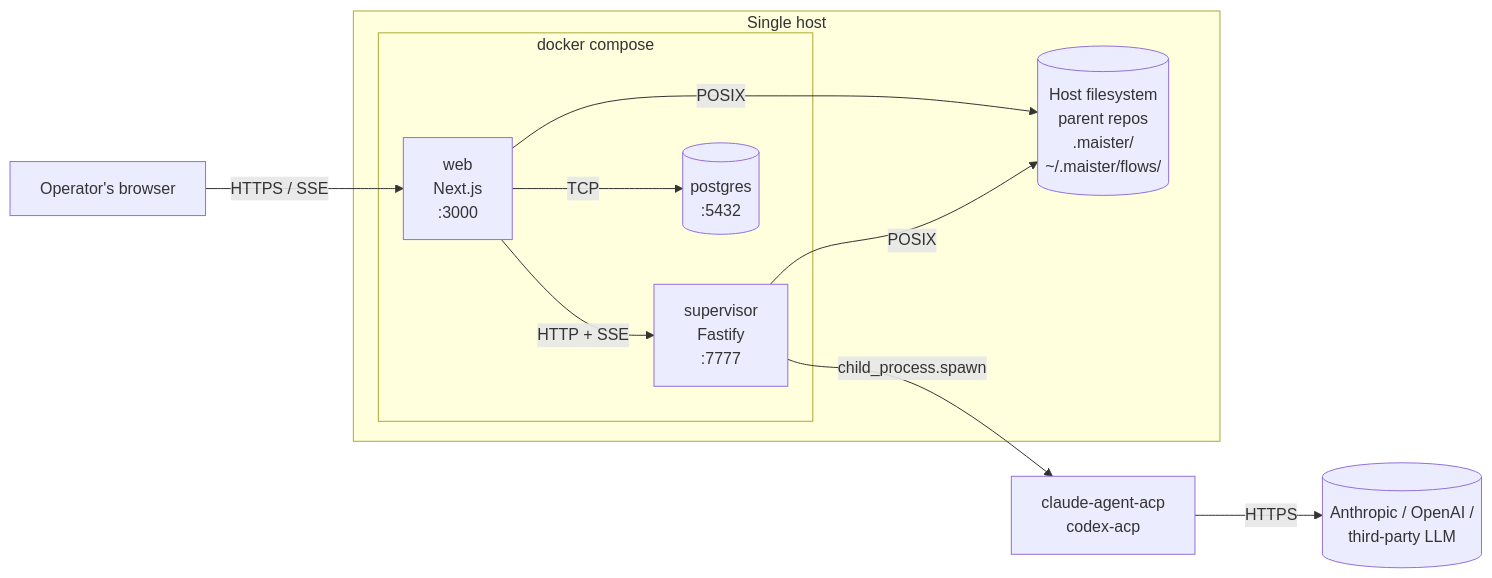
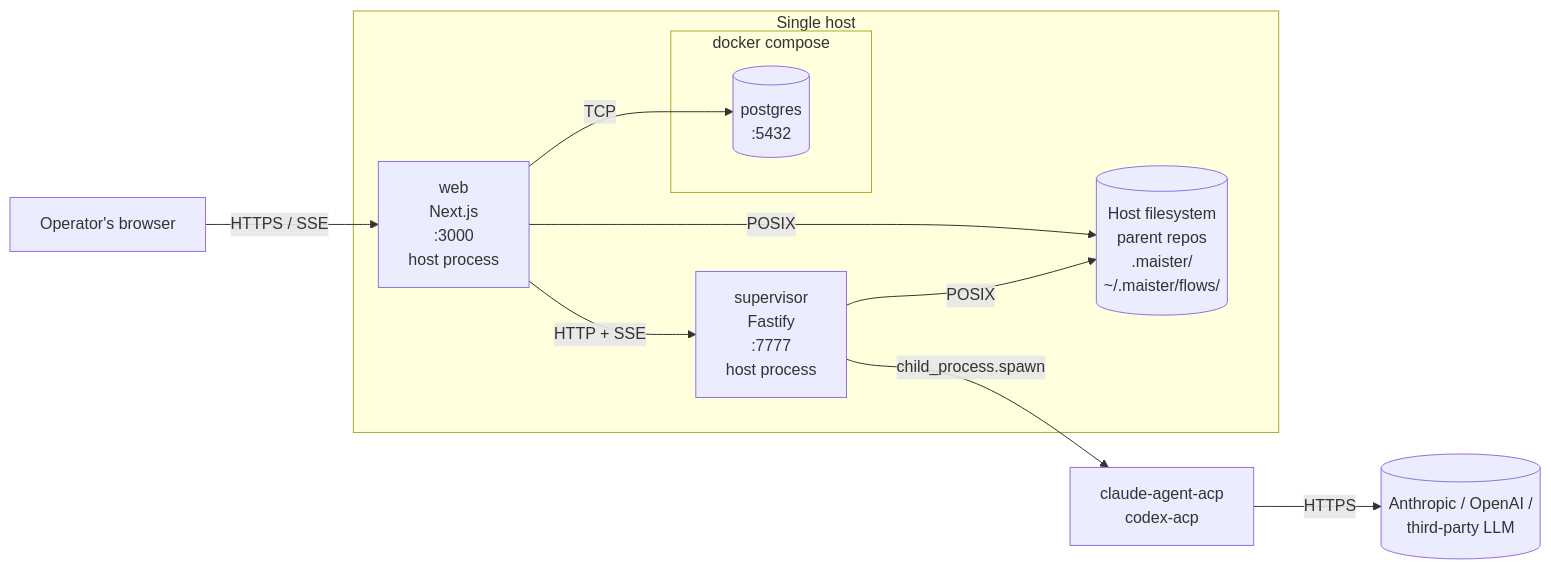
The seventh of 7 diagrams in docs/architecture.md (maister-dev/maister), drawn with Mermaid before and after one commit. The commit also changed other lines of this file and 124 other files, not shown here.

````diff
--- a/docs/architecture.md
+++ b/docs/architecture.md
@@ -378,19 +378,19 @@
 ```mermaid
 flowchart LR
     subgraph host[Single host]
+        web[web<br/>Next.js<br/>:3000<br/>host process]
+        supervisor[supervisor<br/>Fastify<br/>:7777<br/>host process]
         subgraph compose[docker compose]
-            web[web<br/>Next.js<br/>:3000]
-            supervisor[supervisor<br/>Fastify<br/>:7777]
             pg[(postgres<br/>:5432)]
         end
         fs[(Host filesystem<br/>parent repos<br/>.maister/<br/>~/.maister/flows/)]
     end
 
     browser[Operator's browser] -->|HTTPS / SSE| web
     web -->|HTTP + SSE| supervisor
     web -->|TCP| pg
     web -->|POSIX| fs
     supervisor -->|POSIX| fs
     supervisor -->|child_process.spawn| adapter[claude-agent-acp<br/>codex-acp]
     adapter -->|HTTPS| llm[(Anthropic / OpenAI /<br/>third-party LLM)]
 ```
````
